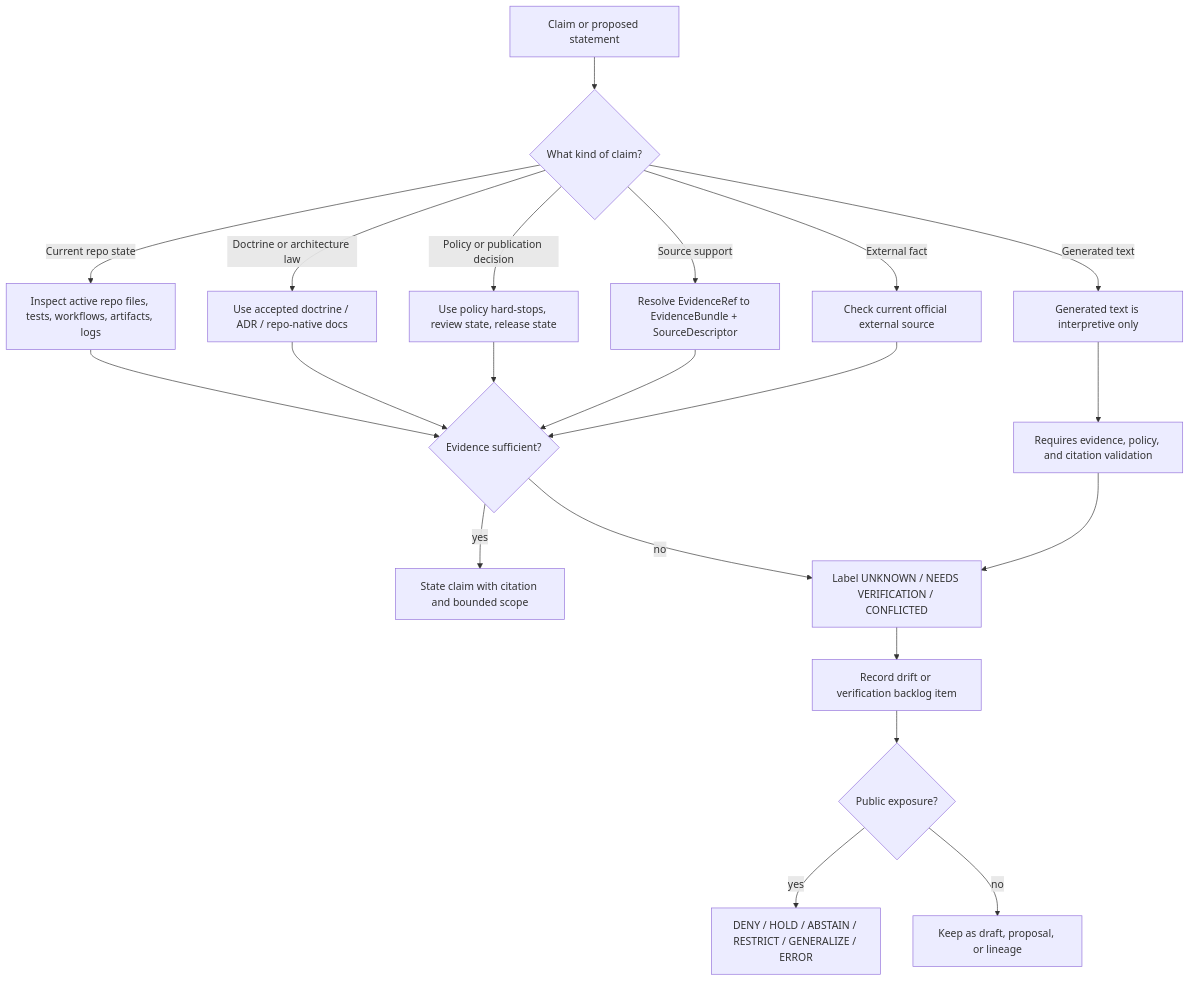
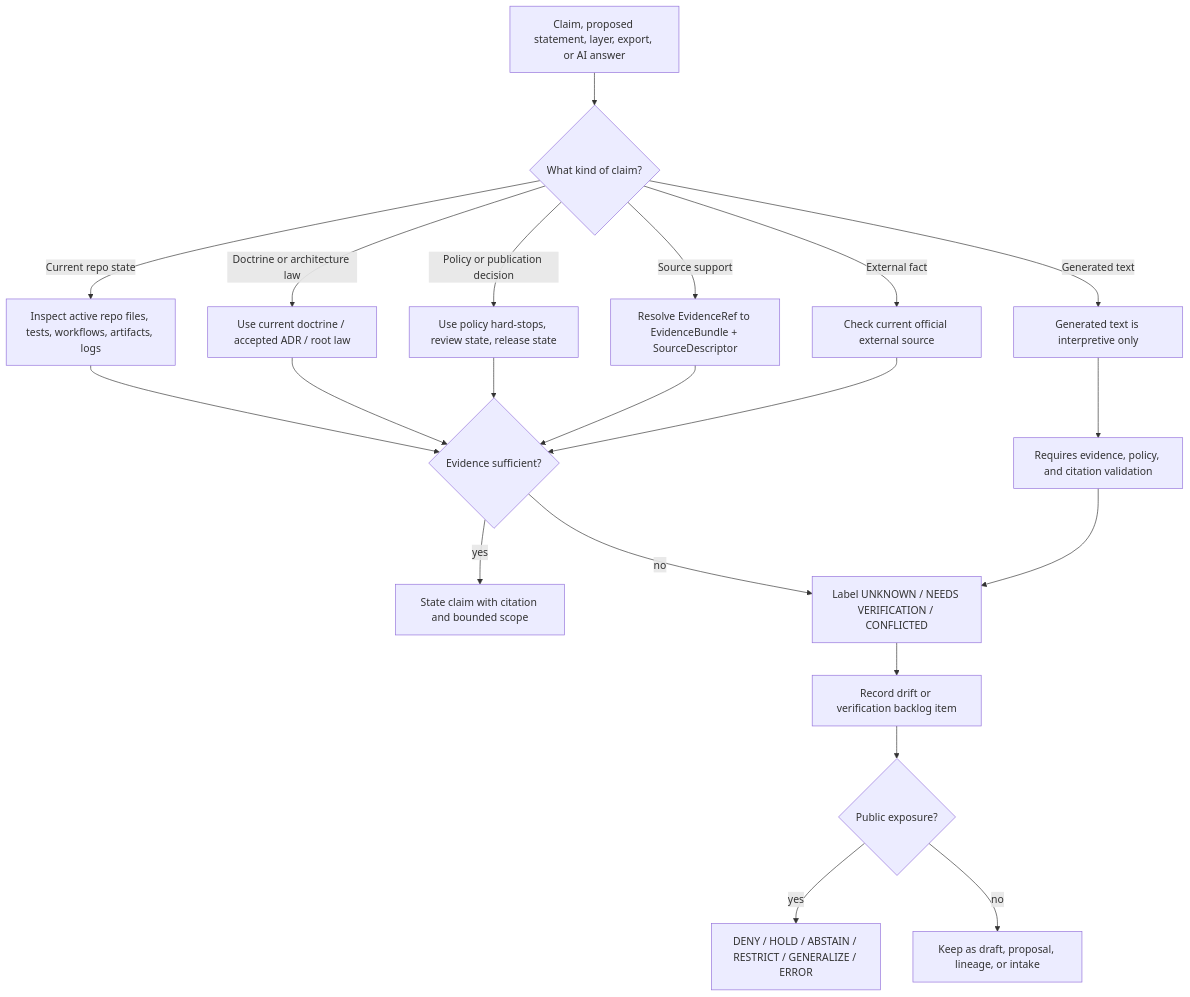
Before and after one commit to bartytime4life/Kansas-Frontier-Matrix: the diagram in docs/doctrine/authority-ladder.md, drawn with Mermaid. The commit also changed other lines of this file, not shown here.

````diff
--- a/docs/doctrine/authority-ladder.md
+++ b/docs/doctrine/authority-ladder.md
@@ -279,27 +290,27 @@
 ```mermaid
 flowchart TD
-  A[Claim or proposed statement] --> B{What kind of claim?}
+  A[Claim, proposed statement, layer, export, or AI answer] --> B{What kind of claim?}
 
   B -->|Current repo state| C[Inspect active repo files, tests, workflows, artifacts, logs]
-  B -->|Doctrine or architecture law| D[Use accepted doctrine / ADR / repo-native docs]
+  B -->|Doctrine or architecture law| D[Use current doctrine / accepted ADR / root law]
   B -->|Policy or publication decision| E[Use policy hard-stops, review state, release state]
   B -->|Source support| F[Resolve EvidenceRef to EvidenceBundle + SourceDescriptor]
   B -->|External fact| G[Check current official external source]
   B -->|Generated text| H[Generated text is interpretive only]
 
   C --> I{Evidence sufficient?}
   D --> I
   E --> I
   F --> I
   G --> I
   H --> J[Requires evidence, policy, and citation validation]
 
   I -->|yes| K[State claim with citation and bounded scope]
   I -->|no| L[Label UNKNOWN / NEEDS VERIFICATION / CONFLICTED]
   J --> L
 
   L --> M[Record drift or verification backlog item]
   M --> N{Public exposure?}
   N -->|yes| O[DENY / HOLD / ABSTAIN / RESTRICT / GENERALIZE / ERROR]
-  N -->|no| P[Keep as draft, proposal, or lineage]
+  N -->|no| P[Keep as draft, proposal, lineage, or intake]
 ```
````
